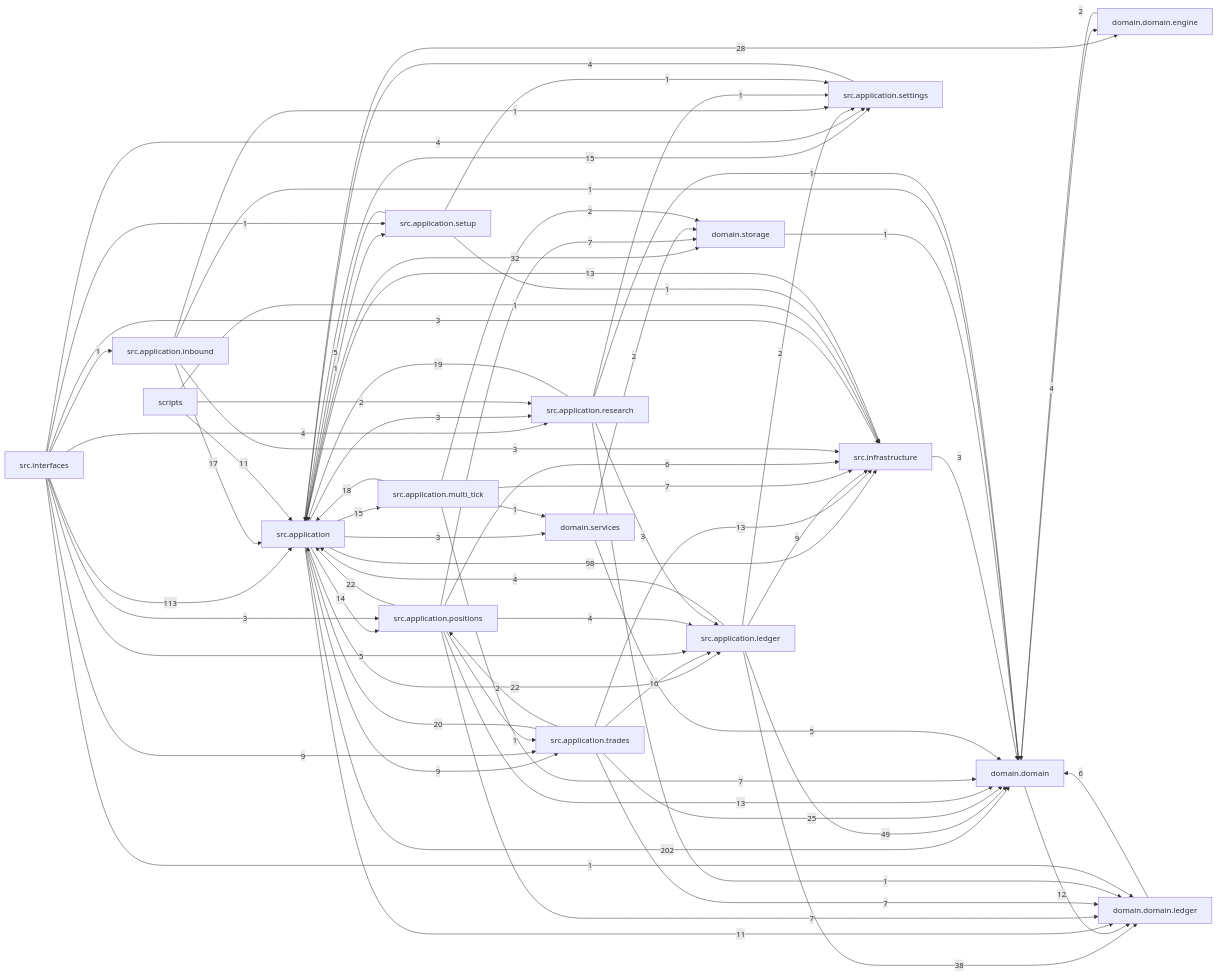
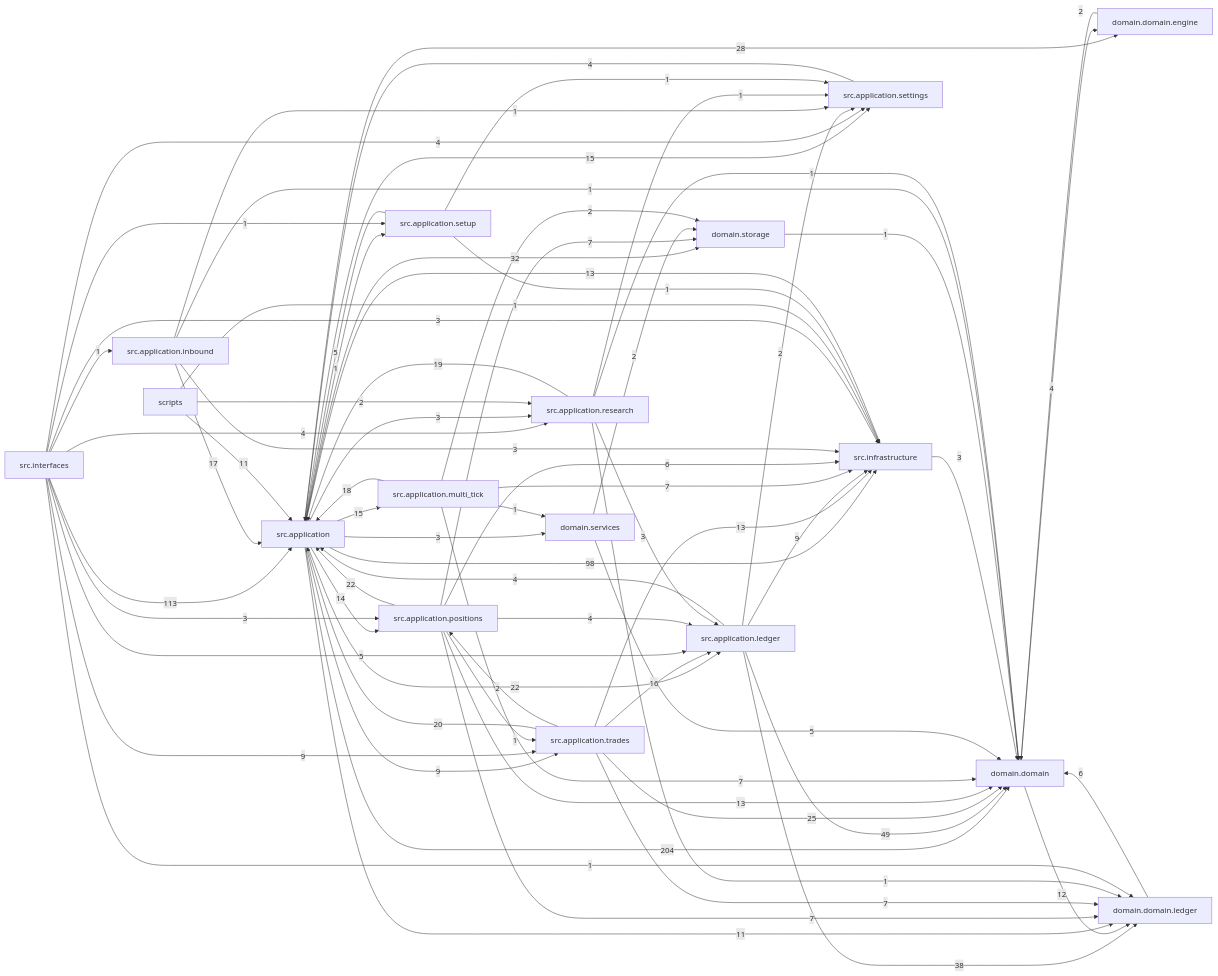
One commit to liuxie066/options-monitor changed the diagram in docs/dependency_graph.mmd. Above: the diagram before and after it, drawn with Mermaid. The commit also changed 6 other files, not shown here.

```diff
--- a/docs/dependency_graph.mmd
+++ b/docs/dependency_graph.mmd
@@ -1,72 +1,72 @@
 flowchart LR
-  src_application["src.application"] -->|202| domain_domain["domain.domain"]
+  src_application["src.application"] -->|204| domain_domain["domain.domain"]
   src_interfaces["src.interfaces"] -->|113| src_application["src.application"]
   src_application["src.application"] -->|98| src_infrastructure["src.infrastructure"]
   src_application_ledger["src.application.ledger"] -->|49| domain_domain["domain.domain"]
   src_application_ledger["src.application.ledger"] -->|38| domain_domain_ledger["domain.domain.ledger"]
   src_application["src.application"] -->|32| domain_storage["domain.storage"]
   src_application["src.application"] -->|28| domain_domain_engine["domain.domain.engine"]
   src_application_trades["src.application.trades"] -->|25| domain_domain["domain.domain"]
   src_application["src.application"] -->|22| src_application_ledger["src.application.ledger"]
   src_application_positions["src.application.positions"] -->|22| src_application["src.application"]
   src_application_trades["src.application.trades"] -->|20| src_application["src.application"]
   src_application_research["src.application.research"] -->|19| src_application["src.application"]
   src_application_multi_tick["src.application.multi_tick"] -->|18| src_application["src.application"]
   src_application_inbound["src.application.inbound"] -->|17| src_application["src.application"]
   src_application_trades["src.application.trades"] -->|16| src_application_ledger["src.application.ledger"]
   src_application["src.application"] -->|15| src_application_multi_tick["src.application.multi_tick"]
   src_application["src.application"] -->|15| src_application_settings["src.application.settings"]
   src_application["src.application"] -->|14| src_application_positions["src.application.positions"]
   src_application_positions["src.application.positions"] -->|13| domain_domain["domain.domain"]
   src_application_trades["src.application.trades"] -->|13| src_infrastructure["src.infrastructure"]
   src_infrastructure["src.infrastructure"] -->|13| src_application["src.application"]
   domain_domain["domain.domain"] -->|12| domain_domain_ledger["domain.domain.ledger"]
   scripts["scripts"] -->|11| src_application["src.application"]
   src_application["src.application"] -->|11| domain_domain_ledger["domain.domain.ledger"]
   src_application["src.application"] -->|9| src_application_trades["src.application.trades"]
   src_application_ledger["src.application.ledger"] -->|9| src_infrastructure["src.infrastructure"]
   src_interfaces["src.interfaces"] -->|9| src_application_trades["src.application.trades"]
   src_application_multi_tick["src.application.multi_tick"] -->|7| domain_domain["domain.domain"]
   src_application_multi_tick["src.application.multi_tick"] -->|7| src_infrastructure["src.infrastructure"]
   src_application_positions["src.application.positions"] -->|7| domain_domain_ledger["domain.domain.ledger"]
   src_application_positions["src.application.positions"] -->|7| domain_storage["domain.storage"]
   src_application_trades["src.application.trades"] -->|7| domain_domain_ledger["domain.domain.ledger"]
   domain_domain_ledger["domain.domain.ledger"] -->|6| domain_domain["domain.domain"]
   src_application_positions["src.application.positions"] -->|6| src_infrastructure["src.infrastructure"]
   domain_services["domain.services"] -->|5| domain_domain["domain.domain"]
   src_application_setup["src.application.setup"] -->|5| src_application["src.application"]
   src_interfaces["src.interfaces"] -->|5| src_application_ledger["src.application.ledger"]
   domain_domain["domain.domain"] -->|4| domain_domain_engine["domain.domain.engine"]
   src_application_ledger["src.application.ledger"] -->|4| src_application["src.application"]
   src_application_positions["src.application.positions"] -->|4| src_application_ledger["src.application.ledger"]
   src_application_settings["src.application.settings"] -->|4| src_application["src.application"]
   src_interfaces["src.interfaces"] -->|4| src_application_research["src.application.research"]
   src_interfaces["src.interfaces"] -->|4| src_application_settings["src.application.settings"]
   src_application["src.application"] -->|3| domain_services["domain.services"]
   src_application["src.application"] -->|3| src_application_research["src.application.research"]
   src_application_inbound["src.application.inbound"] -->|3| src_infrastructure["src.infrastructure"]
   src_application_research["src.application.research"] -->|3| src_application_ledger["src.application.ledger"]
   src_infrastructure["src.infrastructure"] -->|3| domain_domain["domain.domain"]
   src_interfaces["src.interfaces"] -->|3| src_application_positions["src.application.positions"]
   src_interfaces["src.interfaces"] -->|3| src_infrastructure["src.infrastructure"]
   domain_domain_engine["domain.domain.engine"] -->|2| domain_domain["domain.domain"]
   domain_services["domain.services"] -->|2| domain_storage["domain.storage"]
   scripts["scripts"] -->|2| src_application_research["src.application.research"]
   src_application_ledger["src.application.ledger"] -->|2| src_application_settings["src.application.settings"]
   src_application_multi_tick["src.application.multi_tick"] -->|2| domain_storage["domain.storage"]
   src_application_trades["src.application.trades"] -->|2| src_application_positions["src.application.positions"]
   domain_storage["domain.storage"] -->|1| domain_domain["domain.domain"]
   scripts["scripts"] -->|1| src_infrastructure["src.infrastructure"]
   src_application["src.application"] -->|1| src_application_setup["src.application.setup"]
   src_application_inbound["src.application.inbound"] -->|1| domain_domain["domain.domain"]
   src_application_inbound["src.application.inbound"] -->|1| src_application_settings["src.application.settings"]
   src_application_multi_tick["src.application.multi_tick"] -->|1| domain_services["domain.services"]
   src_application_positions["src.application.positions"] -->|1| src_application_trades["src.application.trades"]
   src_application_research["src.application.research"] -->|1| domain_domain["domain.domain"]
   src_application_research["src.application.research"] -->|1| domain_domain_ledger["domain.domain.ledger"]
   src_application_research["src.application.research"] -->|1| src_application_settings["src.application.settings"]
   src_application_setup["src.application.setup"] -->|1| src_application_settings["src.application.settings"]
   src_application_setup["src.application.setup"] -->|1| src_infrastructure["src.infrastructure"]
   src_interfaces["src.interfaces"] -->|1| domain_domain_ledger["domain.domain.ledger"]
   src_interfaces["src.interfaces"] -->|1| src_application_inbound["src.application.inbound"]
   src_interfaces["src.interfaces"] -->|1| src_application_setup["src.application.setup"]
```
